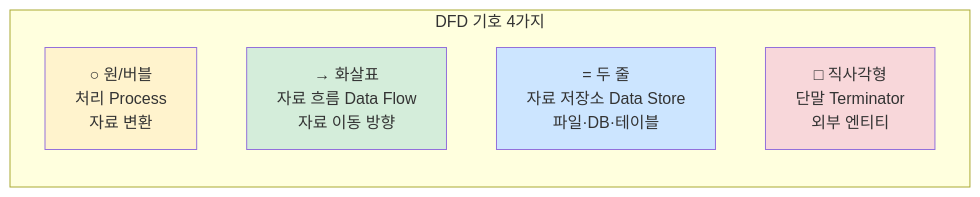
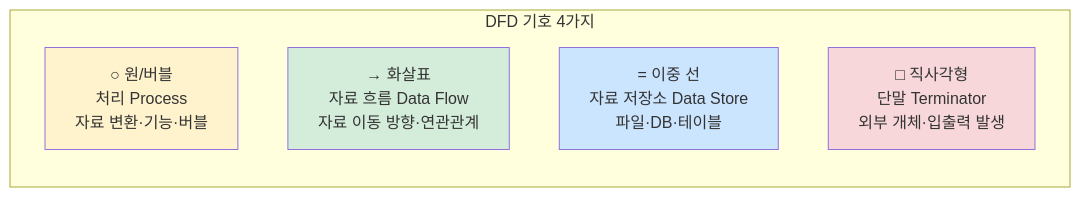
The sixth of 18 diagrams in 이론/다이어그램_1장.md (Aikaku/EIP_PT), drawn with Mermaid before and after one commit. The commit also changed other lines of this file and 6 other files, not shown here.

Commit message:
Docs : 다이어그램 내용 수정

````diff
--- a/이론/다이어그램_1장.md
+++ b/이론/다이어그램_1장.md
@@ -121,14 +158,14 @@
 ```mermaid
 graph LR
-    subgraph DFD_SYMBOLS["DFD 기호 4가지"]
-        P["○ 원/버블\n처리 Process\n자료 변환"]
-        D["→ 화살표\n자료 흐름 Data Flow\n자료 이동 방향"]
-        T["= 두 줄\n자료 저장소 Data Store\n파일·DB·테이블"]
-        E["□ 직사각형\n단말 Terminator\n외부 엔티티"]
+    subgraph DFD["DFD 기호 4가지"]
+        P["○ 원/버블\n처리 Process\n자료 변환·기능·버블"]
+        D["→ 화살표\n자료 흐름 Data Flow\n자료 이동 방향·연관관계"]
+        T["= 이중 선\n자료 저장소 Data Store\n파일·DB·테이블"]
+        E["□ 직사각형\n단말 Terminator\n외부 개체·입출력 발생"]
     end
 
     style P fill:#fff3cd
     style D fill:#d4edda
     style T fill:#cce5ff
     style E fill:#f8d7da
 ```
````
